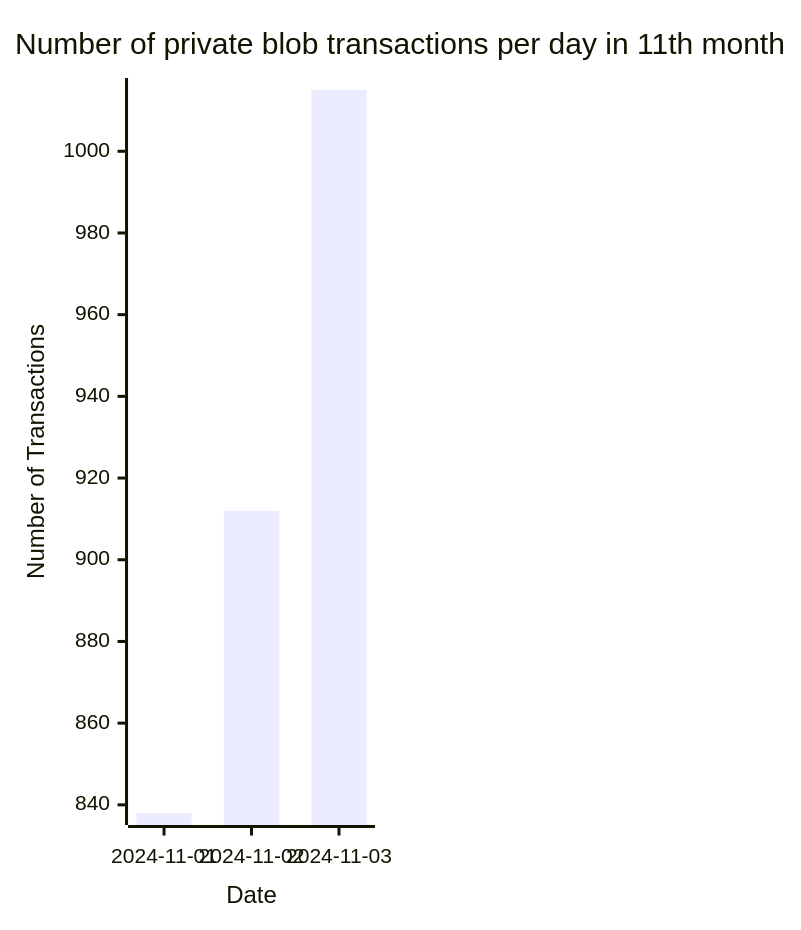
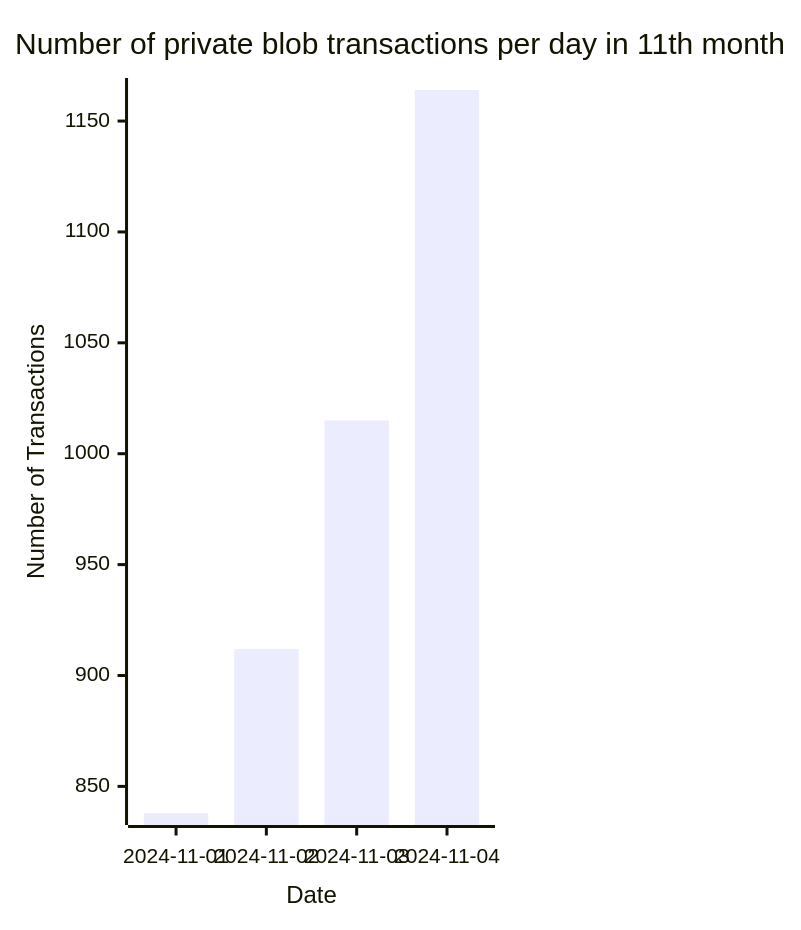
Before and after one commit to Amit0617/eip4844-data: the ninth of 9 diagrams in README.md, drawn with Mermaid. The commit also changed 1 other file, not shown here.

````diff
--- a/README.md
+++ b/README.md
@@ -105,12 +105,12 @@
 ```mermaid
 ---
 config:
     xyChart:
-        width: 240
+        width: 320
         height: 600
 ---
 xychart-beta title "Number of private blob transactions per day in 11th month"
-x-axis "Date" [2024-11-01,2024-11-02,2024-11-03]
+x-axis "Date" [2024-11-01,2024-11-02,2024-11-03,2024-11-04]
 y-axis "Number of Transactions"
-bar[838,912,1015]
+bar[838,912,1015,1164]
 ```
````
